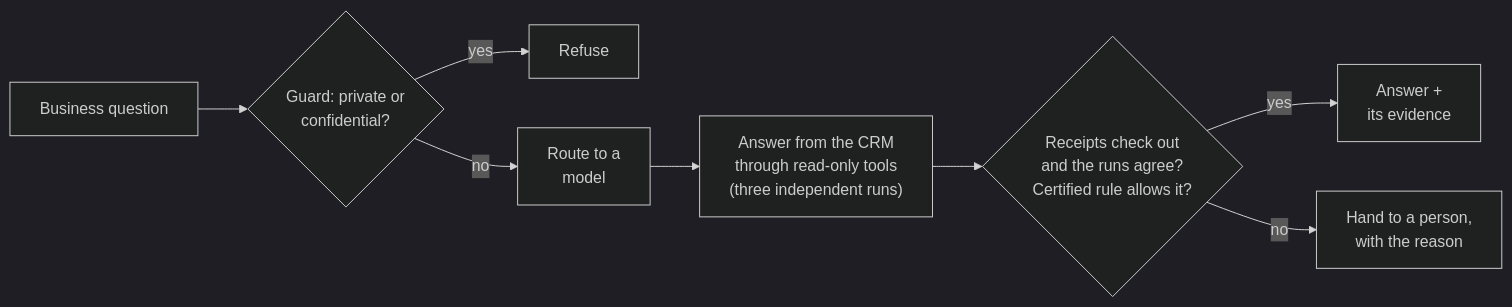
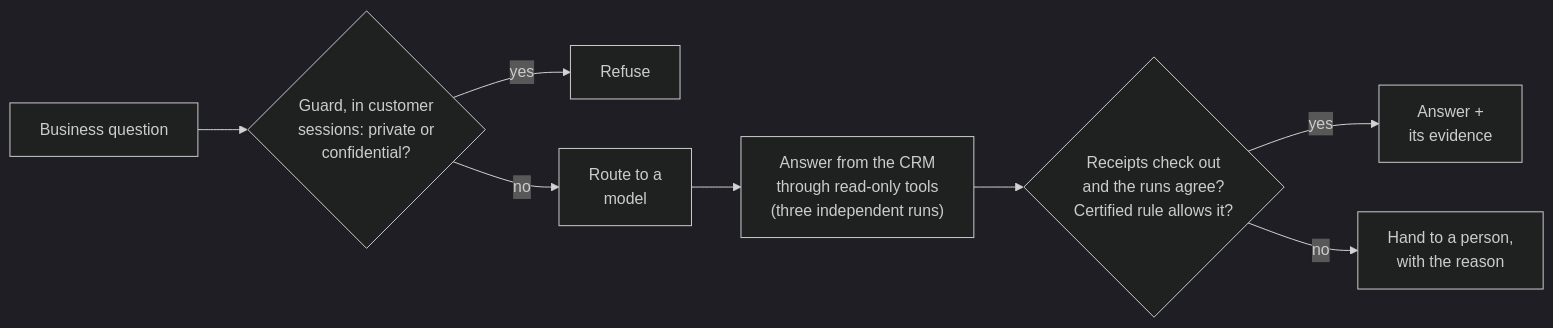
Before and after one commit to AdarshKirito/crm-agent-routing: the diagram in README.md, drawn with Mermaid (dark theme). The commit also changed other lines of this file, not shown here.

````diff
--- a/README.md
+++ b/README.md
@@ -34,10 +34,10 @@
 ```mermaid
 flowchart LR
-  Q["Business question"] --> G{"Guard: private or<br/>confidential?"}
+  Q["Business question"] --> G{"Guard, in customer<br/>sessions: private or<br/>confidential?"}
   G -- yes --> X["Refuse"]
   G -- no --> RT["Route to a<br/>model"]
   RT --> S["Answer from the CRM<br/>through read-only tools<br/>(three independent runs)"]
   S --> C{"Receipts check out<br/>and the runs agree?<br/>Certified rule allows it?"}
   C -- yes --> A["Answer +<br/>its evidence"]
   C -- no --> P["Hand to a person,<br/>with the reason"]
 ```
````
